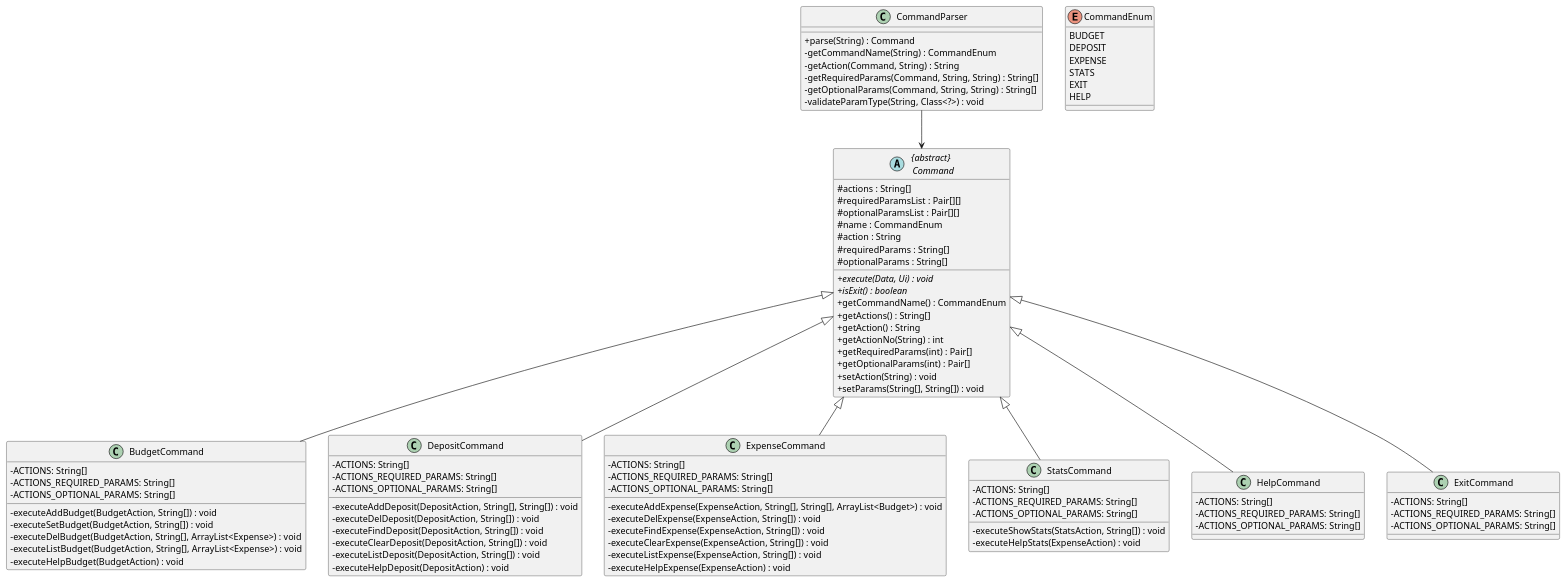
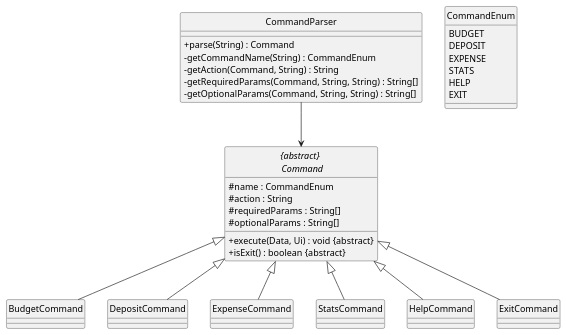
Before and after one commit to stephenkyang/tp: the diagram in docs/diagrams/Command.puml, drawn with PlantUML. The commit also changed 13 other files, not shown here.

Commit message:
Update developer guide and diagrams

```diff
--- a/docs/diagrams/Command.puml
+++ b/docs/diagrams/Command.puml
@@ -1,112 +1,59 @@
 @startuml
 hide footbox
+hide circle
 skinparam classAttributeIconSize 0
 
 abstract class "{abstract} \n Command" {
-    #actions : String[]
-    #requiredParamsList : Pair[][]
-    #optionalParamsList : Pair[][]
     #name : CommandEnum
     #action : String
     #requiredParams : String[]
     #optionalParams : String[]
 
-    +execute(Data, Ui) : void {abstract}
-    +isExit() : boolean {abstract}
-    +getCommandName() : CommandEnum
-    +getActions() : String[]
-    +getAction() : String
-    +getActionNo(String) : int
-    +getRequiredParams(int) : Pair[]
-    +getOptionalParams(int) : Pair[]
-    +setAction(String) : void
-    +setParams(String[], String[]) : void
+    +execute(Data, Ui) : void &#123;abstract&#125;
+    +isExit() : boolean &#123;abstract&#125;
 }
 
 enum CommandEnum {
     BUDGET
     DEPOSIT
     EXPENSE
     STATS
+    HELP
     EXIT
-    HELP
 }
 
 class CommandParser {
     +parse(String) : Command
     -getCommandName(String) : CommandEnum
     -getAction(Command, String) : String
     -getRequiredParams(Command, String, String) : String[]
     -getOptionalParams(Command, String, String) : String[]
-    -validateParamType(String, Class<?>) : void
 }
 
 CommandParser --> "{abstract} \n Command"
 
 class BudgetCommand {
-    -ACTIONS: String[]
-    -ACTIONS_REQUIRED_PARAMS: String[]
-    -ACTIONS_OPTIONAL_PARAMS: String[]
-
-    -executeAddBudget(BudgetAction, String[]) : void
-    -executeSetBudget(BudgetAction, String[]) : void
-    -executeDelBudget(BudgetAction, String[], ArrayList<Expense>) : void
-    -executeListBudget(BudgetAction, String[], ArrayList<Expense>) : void
-    -executeHelpBudget(BudgetAction) : void
 }
 
 class DepositCommand {
-    -ACTIONS: String[]
-    -ACTIONS_REQUIRED_PARAMS: String[]
-    -ACTIONS_OPTIONAL_PARAMS: String[]
-
-    -executeAddDeposit(DepositAction, String[], String[]) : void
-    -executeDelDeposit(DepositAction, String[]) : void
-    -executeFindDeposit(DepositAction, String[]) : void
-    -executeClearDeposit(DepositAction, String[]) : void
-    -executeListDeposit(DepositAction, String[]) : void
-    -executeHelpDeposit(DepositAction) : void
 }
 
 class ExpenseCommand {
-    -ACTIONS: String[]
-    -ACTIONS_REQUIRED_PARAMS: String[]
-    -ACTIONS_OPTIONAL_PARAMS: String[]
-
-    -executeAddExpense(ExpenseAction, String[], String[], ArrayList<Budget>) : void
-    -executeDelExpense(ExpenseAction, String[]) : void
-    -executeFindExpense(ExpenseAction, String[]) : void
-    -executeClearExpense(ExpenseAction, String[]) : void
-    -executeListExpense(ExpenseAction, String[]) : void
-    -executeHelpExpense(ExpenseAction) : void
 }
 
 class StatsCommand {
-    -ACTIONS: String[]
-    -ACTIONS_REQUIRED_PARAMS: String[]
-    -ACTIONS_OPTIONAL_PARAMS: String[]
-
-    -executeShowStats(StatsAction, String[]) : void
-    -executeHelpStats(ExpenseAction) : void
 }
 
 class HelpCommand {
-    -ACTIONS: String[]
-    -ACTIONS_REQUIRED_PARAMS: String[]
-    -ACTIONS_OPTIONAL_PARAMS: String[]
 }
 
 class ExitCommand {
-    -ACTIONS: String[]
-    -ACTIONS_REQUIRED_PARAMS: String[]
-    -ACTIONS_OPTIONAL_PARAMS: String[]
 }
 
 "{abstract} \n Command" <|-- BudgetCommand
 "{abstract} \n Command" <|-- DepositCommand
 "{abstract} \n Command" <|-- ExpenseCommand
 "{abstract} \n Command" <|-- StatsCommand
 "{abstract} \n Command" <|-- ExitCommand
 "{abstract} \n Command" <|-- HelpCommand
-
 @enduml
```
